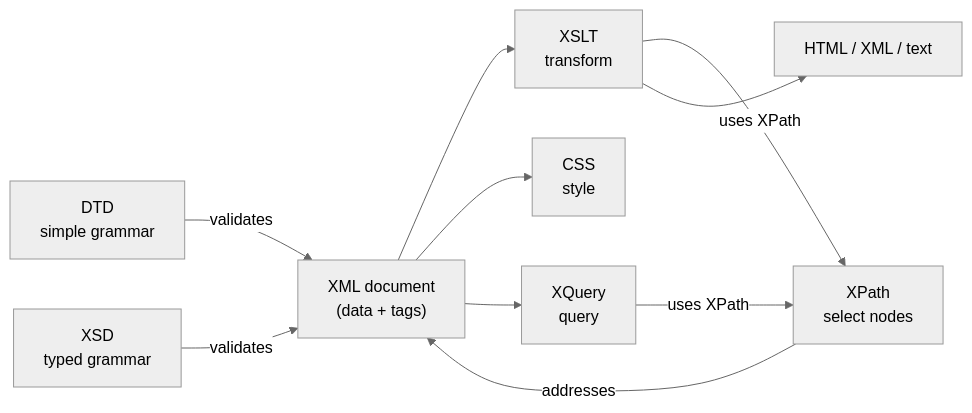
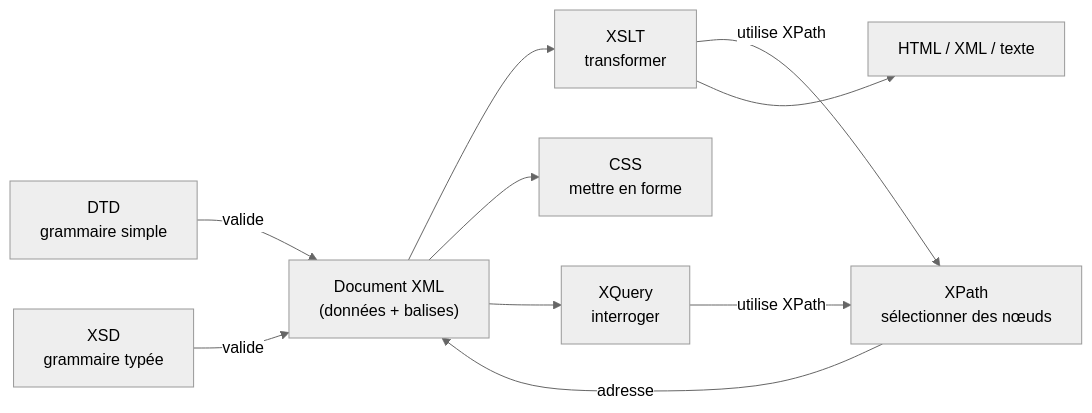
One commit to ghaithsoltani/my-courses changed the first of 14 diagrams in SOA/XML_Technologies_Study_Guide.md. Above: the diagram before and after it, drawn with Mermaid (neutral theme). The commit also changed other lines of this file and 9 other files, not shown here.

````diff
--- a/SOA/XML_Technologies_Study_Guide.md
+++ b/SOA/XML_Technologies_Study_Guide.md
@@ -28,20 +28,20 @@
 ```mermaid
 flowchart LR
-    XML["XML document<br/>(data + tags)"]
-    DTD["DTD<br/>simple grammar"]
-    XSD["XSD<br/>typed grammar"]
-    XP["XPath<br/>select nodes"]
-    XSLT["XSLT<br/>transform"]
-    XQ["XQuery<br/>query"]
-    CSS["CSS<br/>style"]
-    OUT["HTML / XML / text"]
+    XML["Document XML<br/>(données + balises)"]
+    DTD["DTD<br/>grammaire simple"]
+    XSD["XSD<br/>grammaire typée"]
+    XP["XPath<br/>sélectionner des nœuds"]
+    XSLT["XSLT<br/>transformer"]
+    XQ["XQuery<br/>interroger"]
+    CSS["CSS<br/>mettre en forme"]
+    OUT["HTML / XML / texte"]
 
-    DTD -- validates --> XML
-    XSD -- validates --> XML
-    XP -- addresses --> XML
-    XSLT -- uses XPath --> XP
-    XQ -- uses XPath --> XP
+    DTD -- valide --> XML
+    XSD -- valide --> XML
+    XP -- adresse --> XML
+    XSLT -- utilise XPath --> XP
+    XQ -- utilise XPath --> XP
     XML --> XSLT --> OUT
     XML --> CSS
     XML --> XQ
 ```
````
